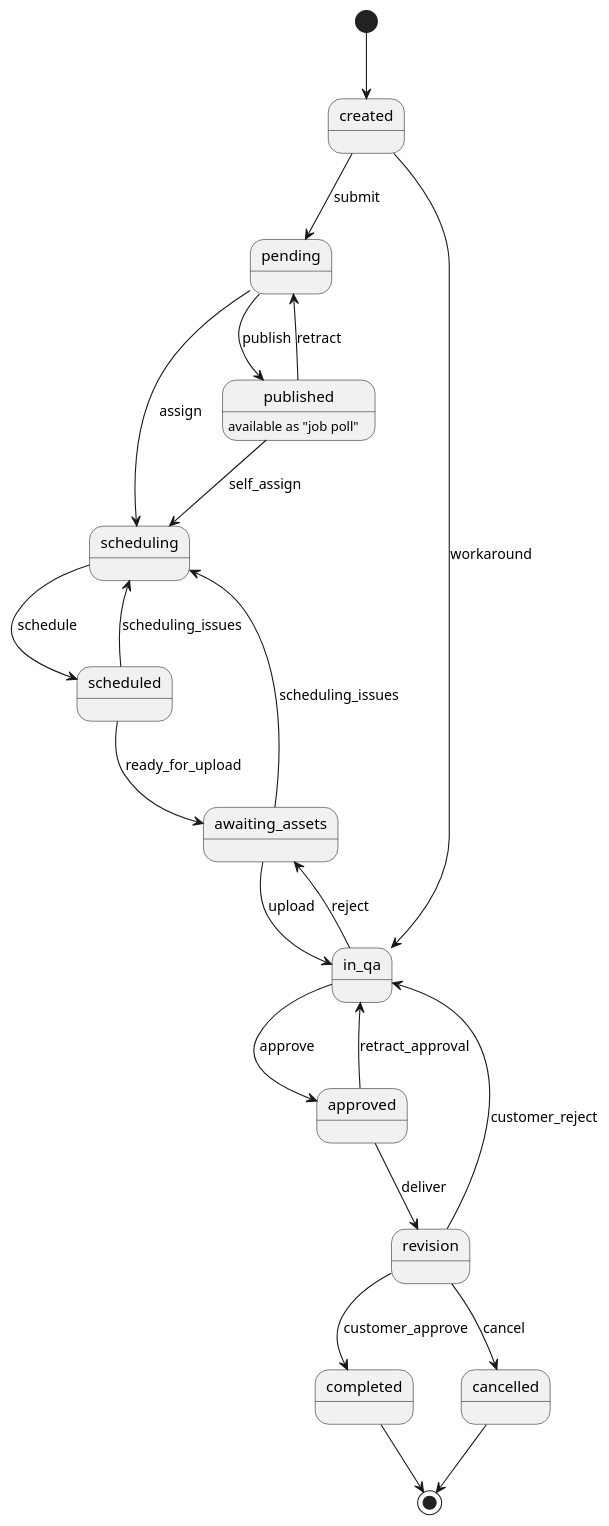
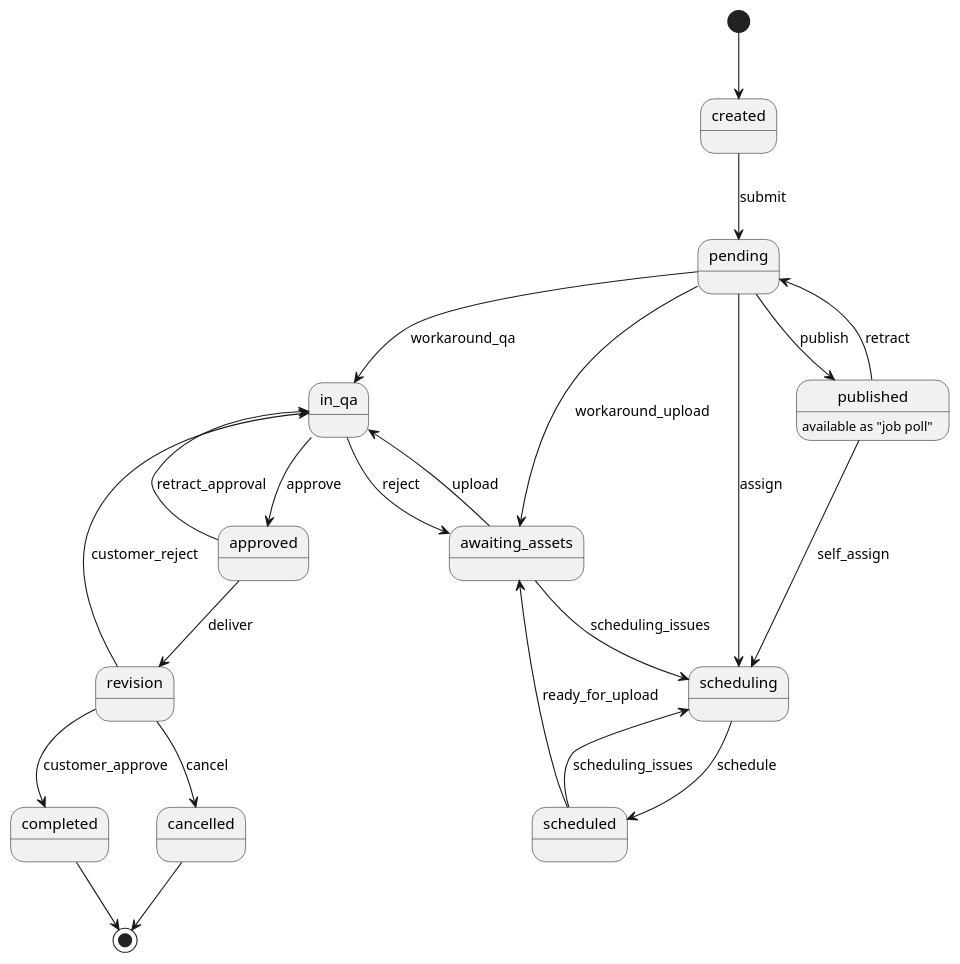
The diagram in docs/workflow.rst (BriefyHQ/briefy.leica), drawn with PlantUML before and after one commit. The commit also changed 2 other files, not shown here.

Commit message:
Change workaround to use two transitions from pending, so automatic transition will be from created to pending only.

```diff
--- a/docs/workflow.rst
+++ b/docs/workflow.rst
@@ -9,27 +9,28 @@
 .. uml::
 
     @startuml
 
     [*] --> created
     created --> pending : submit
-    created --> in_qa : workaround
+    pending --> in_qa : workaround_qa
+    pending --> awaiting_assets : workaround_upload
     pending --> scheduling: assign
     pending --> published: publish
     published --> pending: retract
     published --> scheduling: self_assign
     published : available as "job poll"
     scheduling --> scheduled: schedule
     scheduled --> scheduling: scheduling_issues
     awaiting_assets --> scheduling: scheduling_issues
     scheduled --> awaiting_assets: ready_for_upload
     awaiting_assets --> in_qa: upload
     in_qa --> awaiting_assets: reject
     in_qa --> approved: approve
     approved --> in_qa: retract_approval
     approved --> revision: deliver
     revision --> in_qa: customer_reject
     revision --> completed: customer_approve
     revision --> cancelled: cancel
     completed --> [*]
     cancelled --> [*]
     @enduml
```
